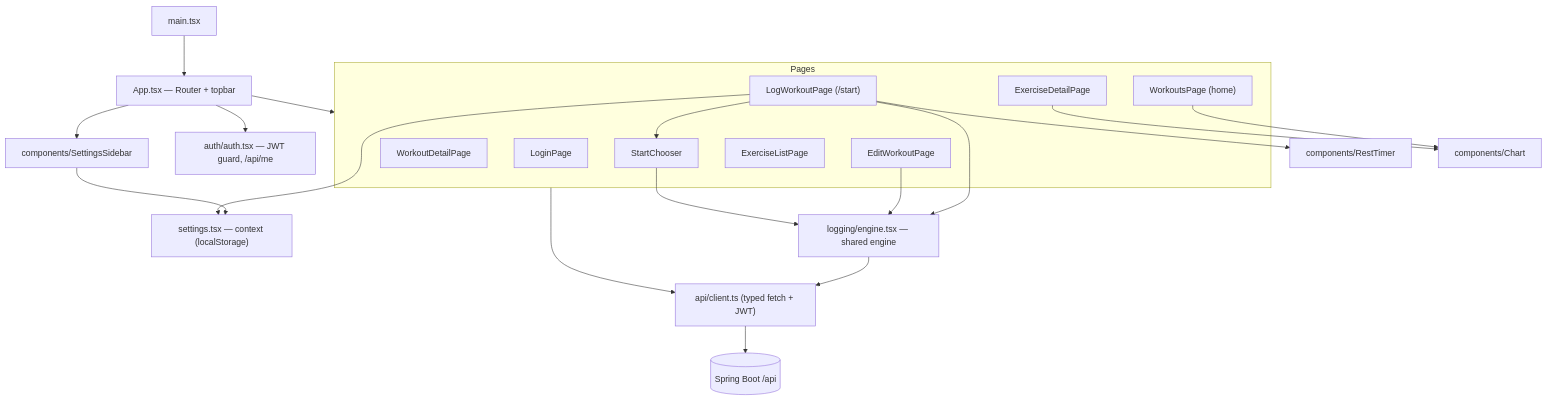
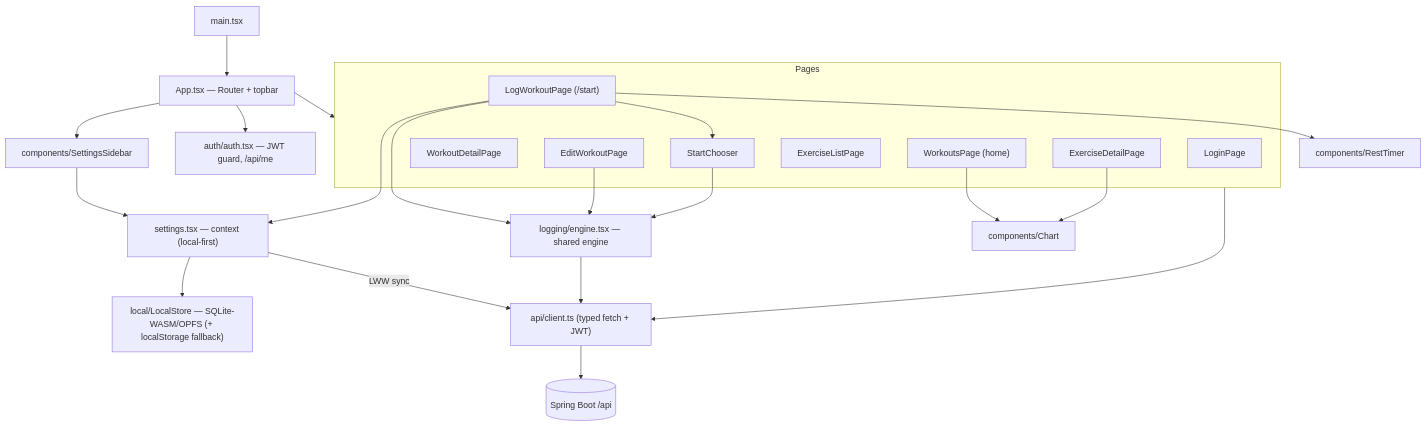
The fourth of 16 diagrams in DIAGRAMS.md (avishek-giftnote/workout-logger), drawn with Mermaid before and after one commit. The commit also changed other lines of this file and 2 other files, not shown here.

First line of the commit message:
Docs: add PROGRESS.md + sync diagrams to local-first settings

````diff
--- a/DIAGRAMS.md
+++ b/DIAGRAMS.md
@@ -165,32 +170,34 @@
 ```mermaid
 flowchart TD
   main["main.tsx"] --> App["App.tsx — Router + topbar"]
   App --> Auth["auth/auth.tsx — JWT guard, /api/me"]
   App --> SS["components/SettingsSidebar"]
-  SS --> SET["settings.tsx — context (localStorage)"]
+  SS --> SET["settings.tsx — context (local-first)"]
+  SET --> LST["local/LocalStore — SQLite-WASM/OPFS (+ localStorage fallback)"]
+  SET -->|"LWW sync"| CL
 
   App --> Pages
   subgraph Pages
     LP["LoginPage"]
     WL["WorkoutsPage (home)"]
     WD["WorkoutDetailPage"]
     EW["EditWorkoutPage"]
     LW["LogWorkoutPage (/start)"]
     SC["StartChooser"]
     ELi["ExerciseListPage"]
     ED["ExerciseDetailPage"]
   end
 
   LW --> SC
   LW --> ENG["logging/engine.tsx — shared engine"]
   EW --> ENG
   SC --> ENG
   LW --> RT["components/RestTimer"]
   LW --> SET
   WL --> CH["components/Chart"]
   ED --> CH
 
   ENG --> CL["api/client.ts (typed fetch + JWT)"]
   Pages --> CL
   CL --> BE[("Spring Boot /api")]
 ```
````
